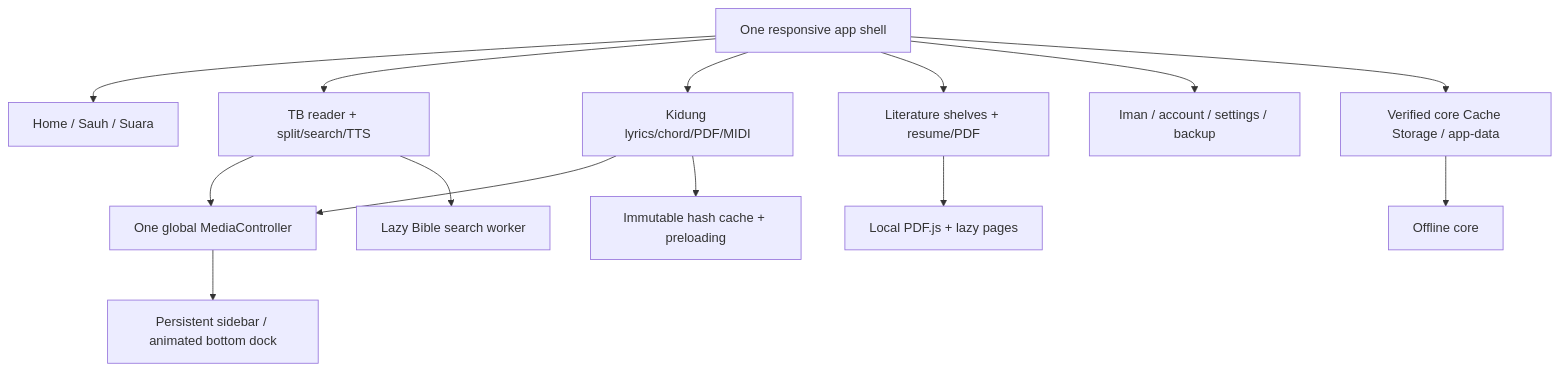
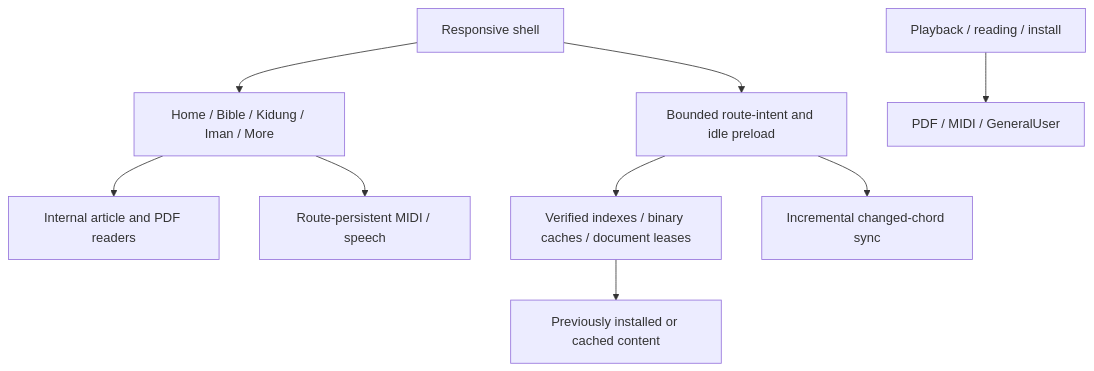
The second of 2 diagrams in README.md (gyspnk/GYSApp-Tauri), drawn with Mermaid before and after one commit. The commit also changed other lines of this file and 140 other files, not shown here.

Commit message:
Refine readers, account login and persistent MIDI; refresh documentation

````diff
--- a/README.md
+++ b/README.md
@@ -61,16 +55,11 @@
 ```mermaid
 flowchart TB
-  SHELL["One responsive app shell"] --> HOME["Home / Sauh / Suara"]
-  SHELL --> BIBLE["TB reader + split/search/TTS"]
-  SHELL --> HYMNS["Kidung lyrics/chord/PDF/MIDI"]
-  SHELL --> LIT["Literature shelves + resume/PDF"]
-  SHELL --> MORE["Iman / account / settings / backup"]
-  BIBLE --> MEDIA["One global MediaController"]
-  HYMNS --> MEDIA
-  MEDIA --> DOCK["Persistent sidebar / animated bottom dock"]
-  HYMNS --> MUSICCACHE["Immutable hash cache + preloading"]
-  LIT --> PDF["Local PDF.js + lazy pages"]
-  BIBLE --> WORKER["Lazy Bible search worker"]
-  SHELL --> CACHE["Verified core Cache Storage / app-data"]
-  CACHE --> OFFLINE["Offline core"]
+  SHELL[Responsive shell] --> ROUTES[Home / Bible / Kidung / Iman / More]
+  ROUTES --> READERS[Internal article and PDF readers]
+  ROUTES --> PLAYER[Route-persistent MIDI / speech]
+  SHELL --> WARM[Bounded route-intent and idle preload]
+  WARM --> CACHE[Verified indexes / binary caches / document leases]
+  CACHE --> OFFLINE[Previously installed or cached content]
+  USER[Playback / reading / install] --> OPTIONAL[PDF / MIDI / GeneralUser]
+  WARM --> CHORDS[Incremental changed-chord sync]
 ```
````
